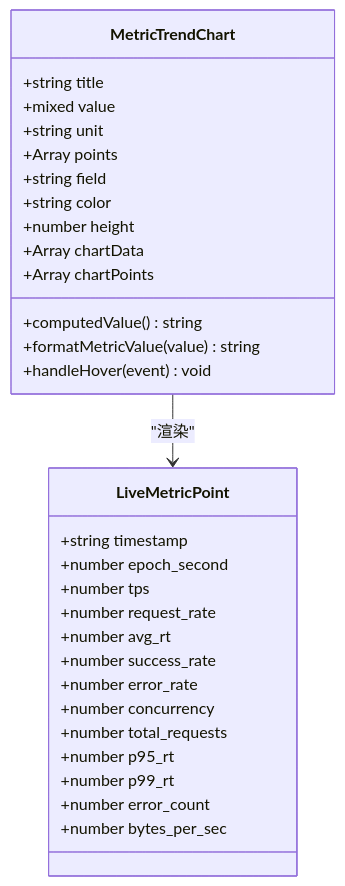
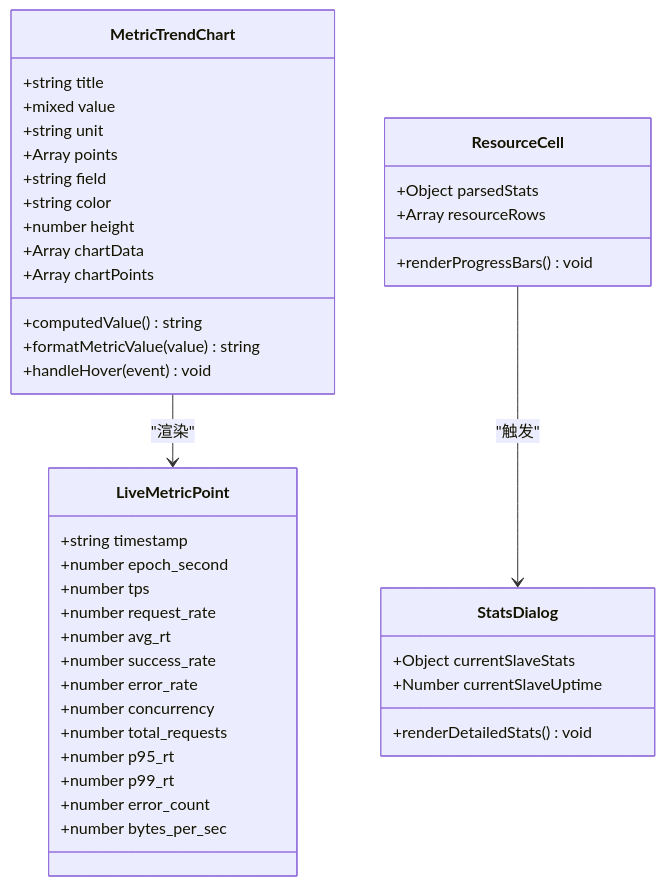
Before and after one commit to Liyuhao02/Jmeter-Admin: the seventh of 9 diagrams in .qoder/repowiki/zh/content/核心业务模块/Slave节点管理系统/实时资源监控.md, drawn with Mermaid. The commit also changed other lines of this file and 34 other files, not shown here.

````diff
--- a/.qoder/repowiki/zh/content/核心业务模块/Slave节点管理系统/实时资源监控.md
+++ b/.qoder/repowiki/zh/content/核心业务模块/Slave节点管理系统/实时资源监控.md
@@ -266,33 +315,44 @@
 ```mermaid
 classDiagram
 class MetricTrendChart {
 +string title
 +mixed value
 +string unit
 +Array points
 +string field
 +string color
 +number height
 +Array chartData
 +Array chartPoints
 +computedValue() string
 +formatMetricValue(value) string
 +handleHover(event) void
 }
 class LiveMetricPoint {
 +string timestamp
 +number epoch_second
 +number tps
 +number request_rate
 +number avg_rt
 +number success_rate
 +number error_rate
 +number concurrency
 +number total_requests
 +number p95_rt
 +number p99_rt
 +number error_count
 +number bytes_per_sec
 }
+class ResourceCell {
++Object parsedStats
++Array resourceRows
++renderProgressBars() void
+}
+class StatsDialog {
++Object currentSlaveStats
++Number currentSlaveUptime
++renderDetailedStats() void
+}
 MetricTrendChart --> LiveMetricPoint : "渲染"
+ResourceCell --> StatsDialog : "触发"
 ```
````
